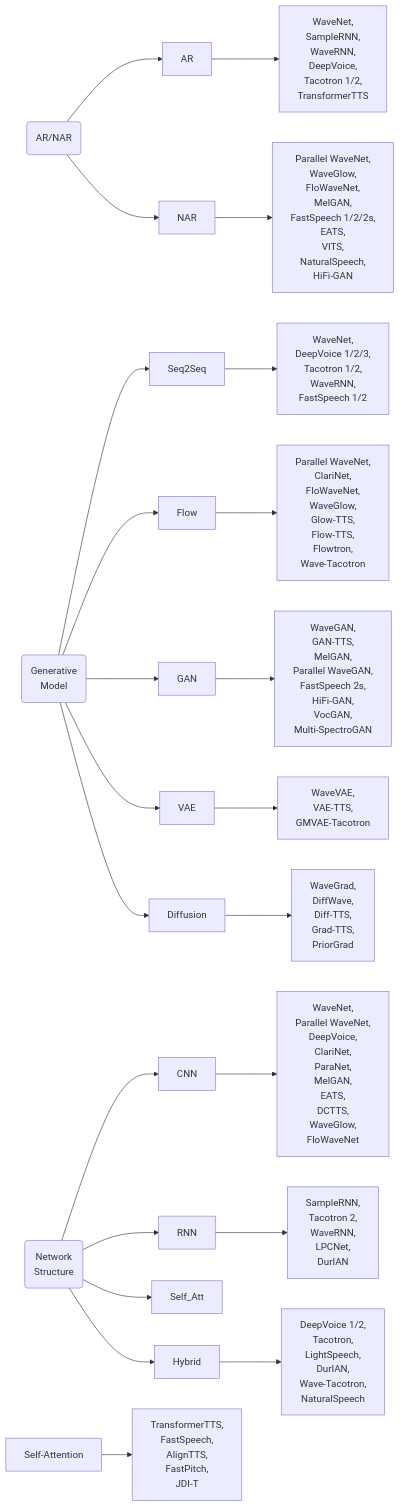
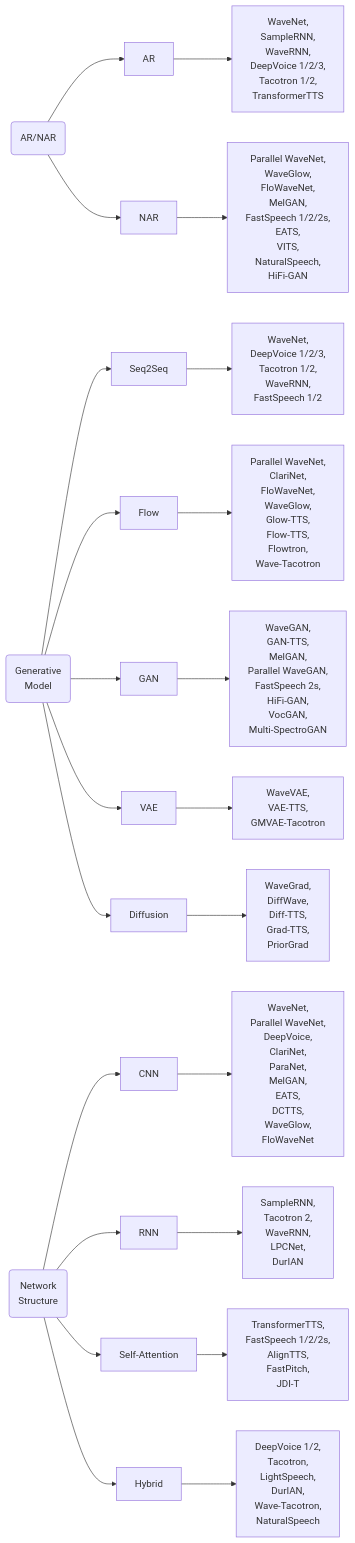
One commit to LukeBriton/Speech-notes changed the second of 2 diagrams in TTS/NeuralTTS/1-Introduction.md. Above: the diagram before and after it, drawn with Mermaid. The commit also changed other lines of this file, not shown here.

Commit message:
Corriger NeuralTTS/1-Introduction.md

````diff
--- a/TTS/NeuralTTS/1-Introduction.md
+++ b/TTS/NeuralTTS/1-Introduction.md
@@ -92,30 +92,30 @@
 ```mermaid
 graph LR
     ARNAR(AR/NAR) --> AR
     ARNAR --> NAR
 
     GenerativeModel(Generative<br>Model) --> Seq2Seq
     GenerativeModel --> Flow
     GenerativeModel --> GAN
     GenerativeModel --> VAE
     GenerativeModel --> Diffusion
 
     NetworkStructure(Network<br>Structure) --> CNN
     NetworkStructure --> RNN
-    NetworkStructure --> Self_Att
+    NetworkStructure --> Self-Attention
     NetworkStructure --> Hybrid
 
-    AR --> WaveNetAR["WaveNet,<br>SampleRNN,<br>WaveRNN,<br>DeepVoice,<br>Tacotron 1/2,<br>TransformerTTS"]
+    AR --> WaveNetAR["WaveNet,<br>SampleRNN,<br>WaveRNN,<br>DeepVoice 1/2/3,<br>Tacotron 1/2,<br>TransformerTTS"]
     NAR --> WaveNetNAR["Parallel WaveNet,<br>WaveGlow,<br>FloWaveNet,<br>MelGAN,<br>FastSpeech 1/2/2s,<br>EATS,<br>VITS,<br>NaturalSpeech,<br>HiFi-GAN"]
 
     Seq2Seq --> WaveNetSeq2Seq["WaveNet,<br>DeepVoice 1/2/3,<br>Tacotron 1/2,<br>WaveRNN,<br>FastSpeech 1/2"]
     Flow --> WaveNetFlow["Parallel WaveNet,<br>ClariNet,<br>FloWaveNet,<br>WaveGlow,<br>Glow-TTS,<br>Flow-TTS,<br>Flowtron,<br>Wave-Tacotron"]
     GAN --> WaveNetGAN["WaveGAN,<br>GAN-TTS,<br>MelGAN,<br>Parallel WaveGAN,<br>FastSpeech 2s,<br>HiFi-GAN,<br>VocGAN,<br>Multi-SpectroGAN"]
     VAE --> WaveNetVAE["WaveVAE,<br>VAE-TTS,<br>GMVAE-Tacotron"]
     Diffusion --> WaveNetDiffusion["WaveGrad,<br>DiffWave,<br>Diff-TTS,<br>Grad-TTS,<br>PriorGrad"]
 
     CNN --> WaveNetCNN["WaveNet,<br>Parallel WaveNet,<br>DeepVoice,<br>ClariNet,<br>ParaNet,<br>MelGAN,<br>EATS,<br>DCTTS,<br>WaveGlow,<br>FloWaveNet"]
     RNN --> WaveNetRNN["SampleRNN,<br>Tacotron 2,<br>WaveRNN,<br>LPCNet,<br>DurIAN"]
-    Self-Attention --> WaveNetSelfAtt["TransformerTTS,<br>FastSpeech,<br>AlignTTS,<br>FastPitch,<br>JDI-T"]
+    Self-Attention --> WaveNetSelfAtt["TransformerTTS,<br>FastSpeech 1/2/2s,<br>AlignTTS,<br>FastPitch,<br>JDI-T"]
     Hybrid --> WaveNetHybrid["DeepVoice 1/2,<br>Tacotron,<br>LightSpeech,<br>DurIAN,<br>Wave-Tacotron,<br>NaturalSpeech"]
 ```
````
